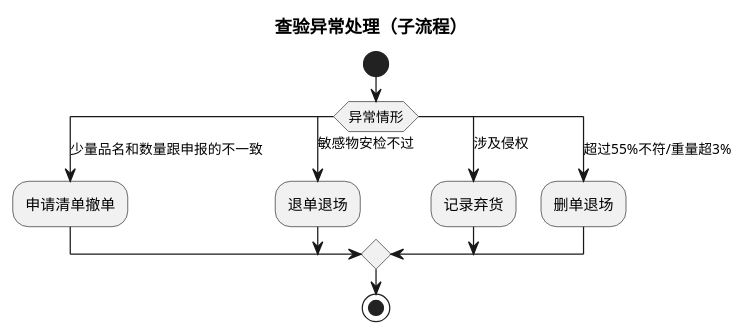
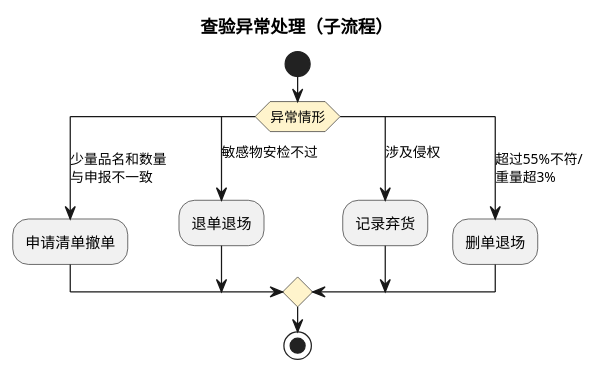
One commit to jack888332/projects-doc changed the first of 5 diagrams in product-caliber/goldjet/segmented-prd/mainflow/PRD.高捷物流系统一期.主流程.04.跨境电商BC出口关务详细流程.md. Above: the diagram before and after it, drawn with PlantUML. The commit also changed other lines of this file and 20 other files, not shown here.

Commit message:
优化流程表对应的DLS图

````diff
--- a/product-caliber/goldjet/segmented-prd/mainflow/PRD.高捷物流系统一期.主流程.04.跨境电商BC出口关务详细流程.md
+++ b/product-caliber/goldjet/segmented-prd/mainflow/PRD.高捷物流系统一期.主流程.04.跨境电商BC出口关务详细流程.md
@@ -10,17 +10,18 @@
 ```plantuml
 @startuml
+skinparam activityDiamondBackgroundColor #FFF4CC
 title 查验异常处理（子流程）
 start
 switch (异常情形)
-case (少量品名和数量跟申报的不一致)
+case (少量品名和数量\n与申报不一致)
   :申请清单撤单;
 case (敏感物安检不过)
   :退单退场;
 case (涉及侵权)
   :记录弃货;
-case (超过55%不符/重量超3%)
+case (超过55%不符/\n重量超3%)
   :删单退场;
 endswitch
 stop
 @enduml
 ```
````
